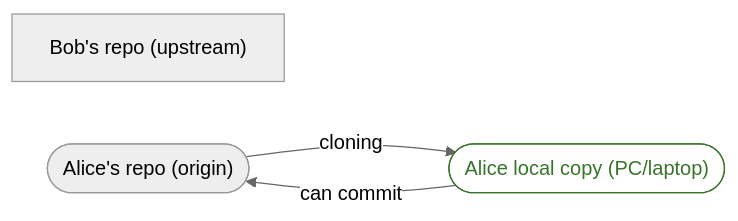
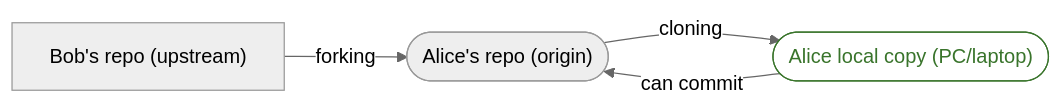
Before and after one commit to hpc2n/course-intro-git: the third of 3 diagrams in docs/remotes.md, drawn with Mermaid (neutral theme). The commit also changed other lines of this file, not shown here.

Commit message:
Trying to fix mermaid diagram about fork

````diff
--- a/docs/remotes.md
+++ b/docs/remotes.md
@@ -385,10 +385,11 @@
 ```mermaid
 graph LR
   bob["Bob's repo (upstream)"] 
   alicef(["Alice's repo (origin)"])
   alicel(["Alice local copy (PC/laptop)"]) 
   style alicel fill:#ffffff,stroke:#39742b,color:#39742b
 
   alicef --> |cloning| alicel
   alicel --> |can commit| alicef
-```
+  bob --> |forking| alicef
+```  
````
